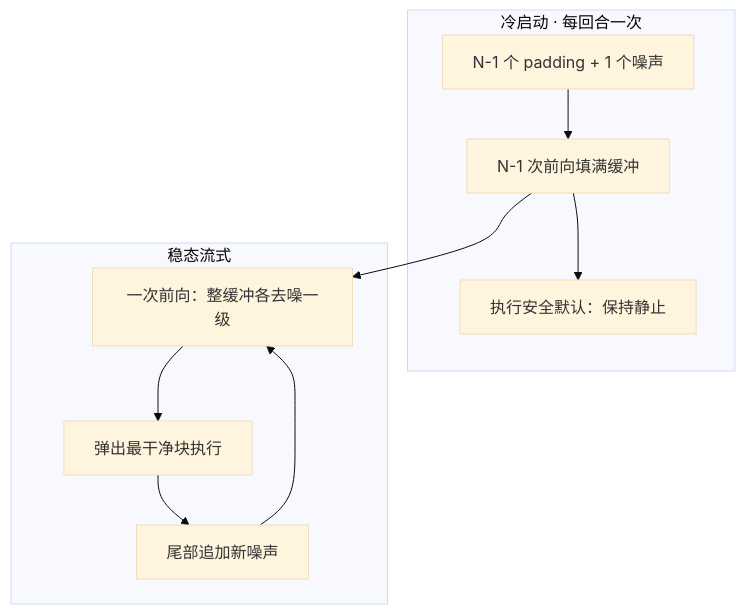
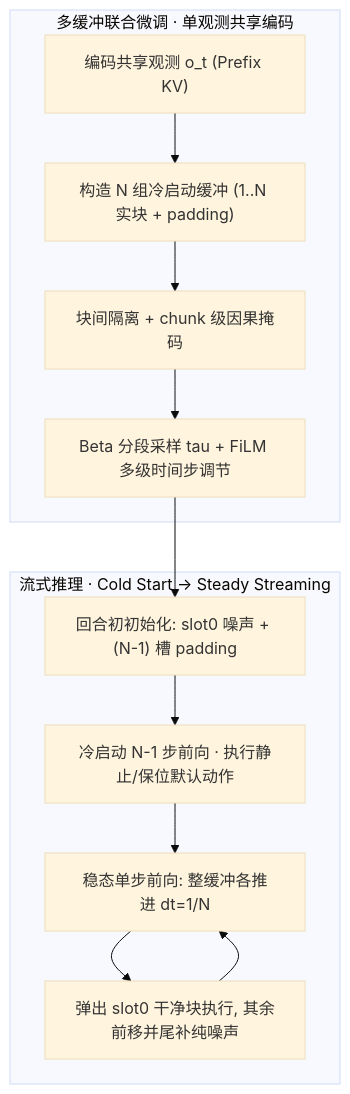
The first of 2 diagrams in wiki/entities/paper-flashvla.md (ImChong/Robotics_Notebooks), drawn with Mermaid (base theme) before and after one commit. The commit also changed other lines of this file and 192 other files, not shown here.

Commit message:
[2026-11-14] ingest | roadmap/depth-vla.md — 补齐 VLA 纵深路线全部节点原文证据与满分健康度

````diff
--- a/wiki/entities/paper-flashvla.md
+++ b/wiki/entities/paper-flashvla.md
@@ -85,16 +89,18 @@
 ```mermaid
 flowchart TB
-  subgraph cold [冷启动 · 每回合一次]
-    PAD["N-1 个 padding + 1 个噪声"]
-    WU["N-1 次前向填满缓冲"]
-    SAFE["执行安全默认：保持静止"]
-    PAD --> WU --> SAFE
+  subgraph train ["多缓冲联合微调 · 单观测共享编码"]
+    OBS["编码共享观测 o_t (Prefix KV)"]
+    PACK["构造 N 组冷启动缓冲 (1..N 实块 + padding)"]
+    MASK["块间隔离 + chunk 级因果掩码"]
+    FILM["Beta 分段采样 tau + FiLM 多级时间步调节"]
+    OBS --> PACK --> MASK --> FILM
   end
-  subgraph stream [稳态流式]
-    STEP["一次前向：整缓冲各去噪一级"]
-    POP["弹出最干净块执行"]
-    PUSH["尾部追加新噪声"]
-    STEP --> POP --> PUSH --> STEP
+  subgraph infer ["流式推理 · Cold Start -> Steady Streaming"]
+    INIT["回合初初始化: slot0 噪声 + (N-1) 槽 padding"]
+    COLD["冷启动 N-1 步前向 · 执行静止/保位默认动作"]
+    STEADY["稳态单步前向: 整缓冲各推进 dt=1/N"]
+    POP["弹出 slot0 干净块执行, 其余前移并尾补纯噪声"]
+    INIT --> COLD --> STEADY --> POP --> STEADY
   end
-  WU --> STEP
+  FILM --> INIT
 ```
````
